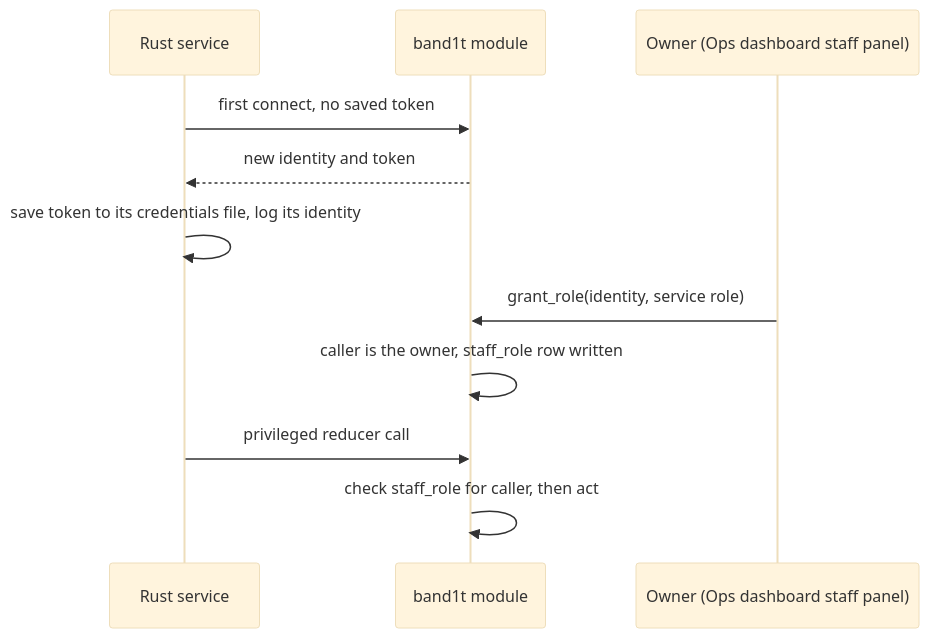
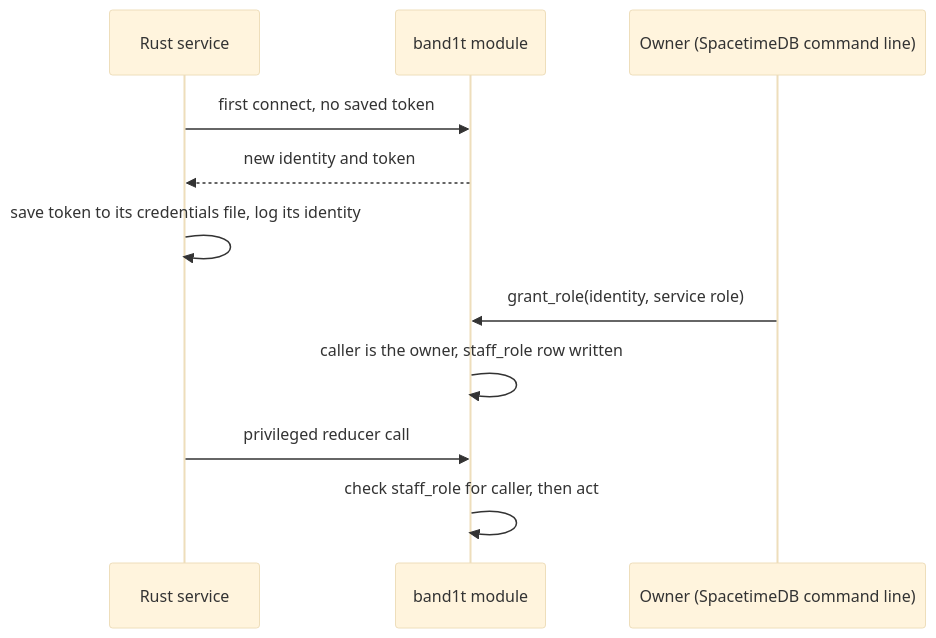
The second of 4 diagrams in System Design/3-services/Rust-Backend.md (viktorinkov/cal-hacks-13), drawn with Mermaid (base theme) before and after one commit. The commit also changed other lines of this file and 20 other files, not shown here.

````diff
--- a/System Design/3-services/Rust-Backend.md
+++ b/System Design/3-services/Rust-Backend.md
@@ -106,13 +106,13 @@
 ```mermaid
 sequenceDiagram
   participant P as Rust service
   participant M as band1t module
-  participant O as Owner (Ops dashboard staff panel)
+  participant O as Owner (SpacetimeDB command line)
   P->>M: first connect, no saved token
   M-->>P: new identity and token
   P->>P: save token to its credentials file, log its identity
   O->>M: grant_role(identity, service role)
   M->>M: caller is the owner, staff_role row written
   P->>M: privileged reducer call
   M->>M: check staff_role for caller, then act
 ```
````
